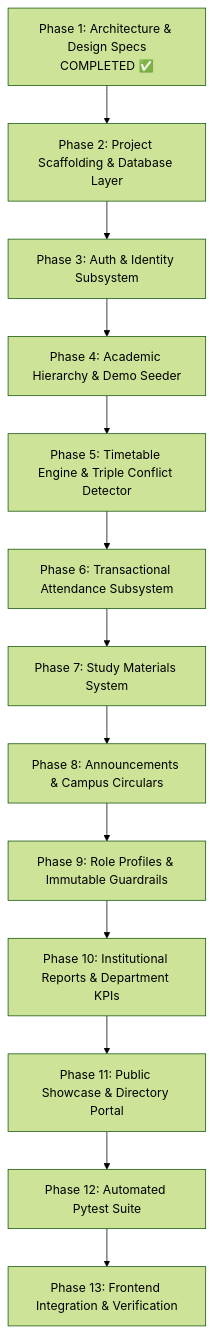
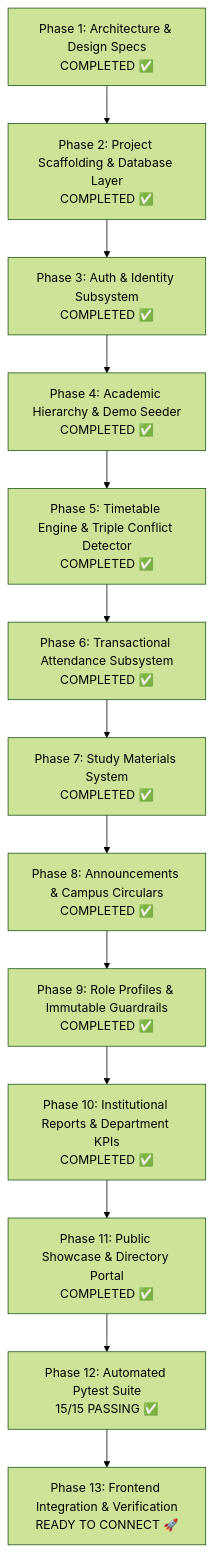
The diagram in BACKEND_IMPLEMENTATION_PLAN.md (drago068/Department-Management-System), drawn with Mermaid (forest theme) before and after one commit. The commit also changed 80 other files, not shown here.

````diff
--- a/BACKEND_IMPLEMENTATION_PLAN.md
+++ b/BACKEND_IMPLEMENTATION_PLAN.md
@@ -127,15 +127,15 @@
 ```mermaid
 graph TD
-    P1[Phase 1: Architecture & Design Specs<br>COMPLETED ✅] --> P2[Phase 2: Project Scaffolding & Database Layer]
-    P2 --> P3[Phase 3: Auth & Identity Subsystem]
-    P3 --> P4[Phase 4: Academic Hierarchy & Demo Seeder]
-    P4 --> P5[Phase 5: Timetable Engine & Triple Conflict Detector]
-    P5 --> P6[Phase 6: Transactional Attendance Subsystem]
-    P6 --> P7[Phase 7: Study Materials System]
-    P7 --> P8[Phase 8: Announcements & Campus Circulars]
-    P8 --> P9[Phase 9: Role Profiles & Immutable Guardrails]
-    P9 --> P10[Phase 10: Institutional Reports & Department KPIs]
-    P10 --> P11[Phase 11: Public Showcase & Directory Portal]
-    P11 --> P12[Phase 12: Automated Pytest Suite]
-    P12 --> P13[Phase 13: Frontend Integration & Verification]
+    P1[Phase 1: Architecture & Design Specs<br>COMPLETED ✅] --> P2[Phase 2: Project Scaffolding & Database Layer<br>COMPLETED ✅]
+    P2 --> P3[Phase 3: Auth & Identity Subsystem<br>COMPLETED ✅]
+    P3 --> P4[Phase 4: Academic Hierarchy & Demo Seeder<br>COMPLETED ✅]
+    P4 --> P5[Phase 5: Timetable Engine & Triple Conflict Detector<br>COMPLETED ✅]
+    P5 --> P6[Phase 6: Transactional Attendance Subsystem<br>COMPLETED ✅]
+    P6 --> P7[Phase 7: Study Materials System<br>COMPLETED ✅]
+    P7 --> P8[Phase 8: Announcements & Campus Circulars<br>COMPLETED ✅]
+    P8 --> P9[Phase 9: Role Profiles & Immutable Guardrails<br>COMPLETED ✅]
+    P9 --> P10[Phase 10: Institutional Reports & Department KPIs<br>COMPLETED ✅]
+    P10 --> P11[Phase 11: Public Showcase & Directory Portal<br>COMPLETED ✅]
+    P11 --> P12[Phase 12: Automated Pytest Suite<br>15/15 PASSING ✅]
+    P12 --> P13[Phase 13: Frontend Integration & Verification<br>READY TO CONNECT 🚀]
 ```
````
